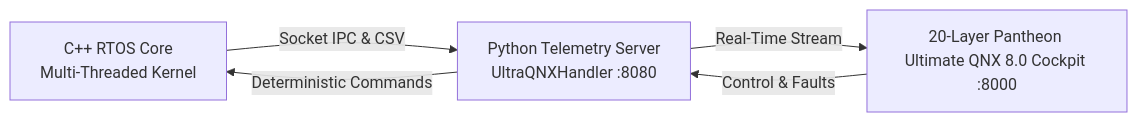
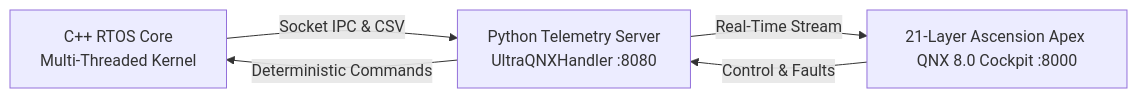
One commit to shaikhabdul2015-max/qnx-hackathon-project changed the diagram in README.md. Above: the diagram before and after it, drawn with Mermaid. The commit also changed other lines of this file and 1 other file, not shown here.

Commit message:
Add Layer 21 Ascension Apex: Perovskite Solar-Skin, Quantum Mirror, and Judge Q&A

````diff
--- a/README.md
+++ b/README.md
@@ -9,7 +9,7 @@
 ```mermaid
 graph LR
     A[C++ RTOS Core<br/>Multi-Threaded Kernel] -->|Socket IPC & CSV| B[Python Telemetry Server<br/>UltraQNXHandler :8080]
-    B -->|Real-Time Stream| C[20-Layer Pantheon Ultimate QNX 8.0 Cockpit :8000]
+    B -->|Real-Time Stream| C[21-Layer Ascension Apex QNX 8.0 Cockpit :8000]
     C -->|Control & Faults| B
     B -->|Deterministic Commands| A
 ```
````
